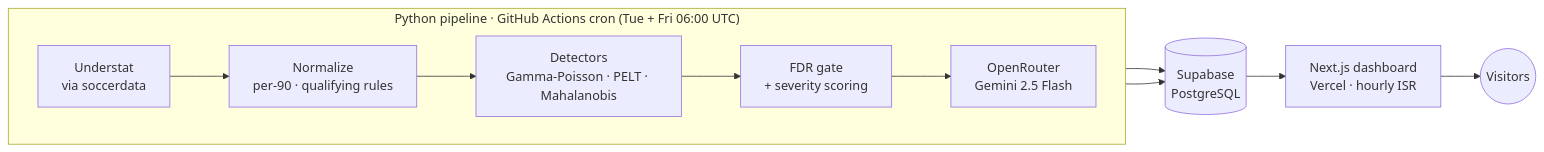
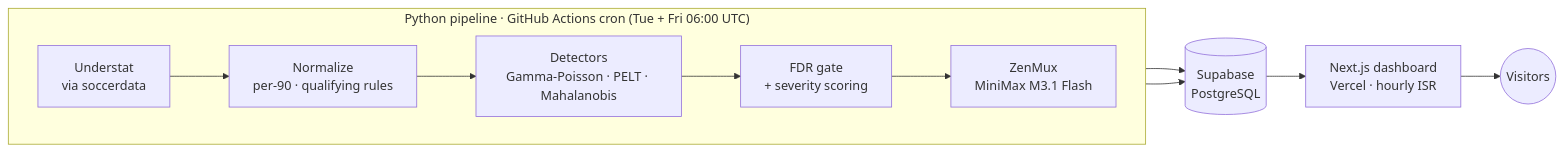
The diagram in README.md (filan214/FormWAtch-Football), drawn with Mermaid before and after one commit. The commit also changed other lines of this file and 8 other files, not shown here.

First line of the commit message:
Switch AI narratives from OpenRouter to ZenMux

````diff
--- a/README.md
+++ b/README.md
@@ -59,14 +59,14 @@
 ```mermaid
 flowchart LR
   subgraph PIPE["Python pipeline · GitHub Actions cron (Tue + Fri 06:00 UTC)"]
     direction LR
     A["Understat<br/>via soccerdata"] --> B["Normalize<br/>per-90 · qualifying rules"]
     B --> C["Detectors<br/>Gamma-Poisson · PELT · Mahalanobis"]
     C --> D["FDR gate<br/>+ severity scoring"]
-    D --> E["OpenRouter<br/>Gemini 2.5 Flash"]
+    D --> E["ZenMux<br/>MiniMax M3.1 Flash"]
   end
   D --> DB[("Supabase<br/>PostgreSQL")]
   E --> DB
   DB --> APP["Next.js dashboard<br/>Vercel · hourly ISR"]
   APP --> U(("Visitors"))
 ```
````
